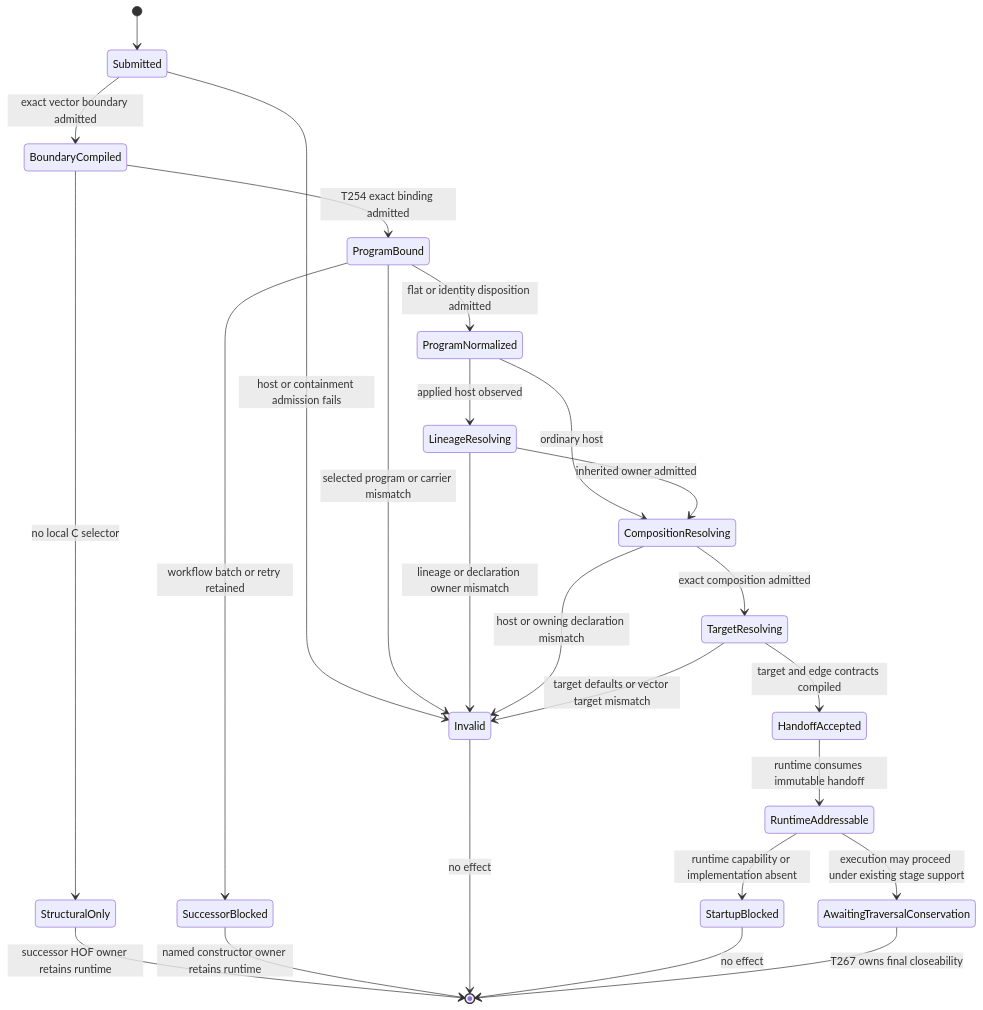
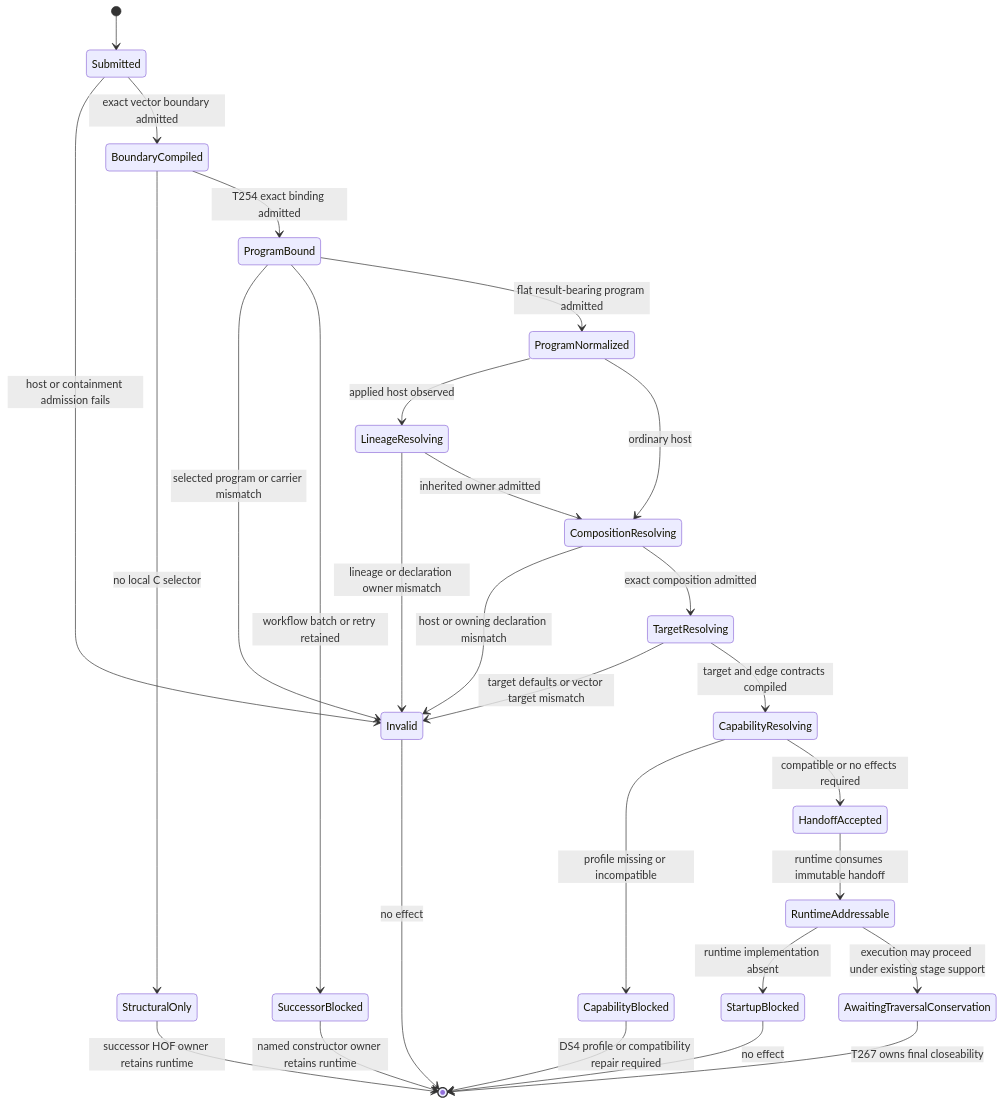
One commit to foolishimp/abiogenesis changed the third of 3 diagrams in build_tenants/abiogenesis/typescript/design/M03_COMPILED_EXECUTION_HANDOFF_BEHAVIOR_DESIGN.md. Above: the diagram before and after it, drawn with Mermaid. The commit also changed other lines of this file and 19 other files, not shown here.

````diff
--- a/build_tenants/abiogenesis/typescript/design/M03_COMPILED_EXECUTION_HANDOFF_BEHAVIOR_DESIGN.md
+++ b/build_tenants/abiogenesis/typescript/design/M03_COMPILED_EXECUTION_HANDOFF_BEHAVIOR_DESIGN.md
@@ -383,27 +397,30 @@
 ```mermaid
 stateDiagram-v2
   [*] --> Submitted
   Submitted --> Invalid: host or containment admission fails
   Submitted --> BoundaryCompiled: exact vector boundary admitted
   BoundaryCompiled --> StructuralOnly: no local C selector
   BoundaryCompiled --> ProgramBound: T254 exact binding admitted
   ProgramBound --> Invalid: selected program or carrier mismatch
   ProgramBound --> SuccessorBlocked: workflow batch or retry retained
-  ProgramBound --> ProgramNormalized: flat or identity disposition admitted
+  ProgramBound --> ProgramNormalized: flat result-bearing program admitted
   ProgramNormalized --> LineageResolving: applied host observed
   ProgramNormalized --> CompositionResolving: ordinary host
   LineageResolving --> Invalid: lineage or declaration owner mismatch
   LineageResolving --> CompositionResolving: inherited owner admitted
   CompositionResolving --> Invalid: host or owning declaration mismatch
   CompositionResolving --> TargetResolving: exact composition admitted
   TargetResolving --> Invalid: target defaults or vector target mismatch
-  TargetResolving --> HandoffAccepted: target and edge contracts compiled
+  TargetResolving --> CapabilityResolving: target and edge contracts compiled
+  CapabilityResolving --> CapabilityBlocked: profile missing or incompatible
+  CapabilityResolving --> HandoffAccepted: compatible or no effects required
   HandoffAccepted --> RuntimeAddressable: runtime consumes immutable handoff
-  RuntimeAddressable --> StartupBlocked: runtime capability or implementation absent
+  RuntimeAddressable --> StartupBlocked: runtime implementation absent
   RuntimeAddressable --> AwaitingTraversalConservation: execution may proceed under existing stage support
   StructuralOnly --> [*]: successor HOF owner retains runtime
   SuccessorBlocked --> [*]: named constructor owner retains runtime
+  CapabilityBlocked --> [*]: DS4 profile or compatibility repair required
   Invalid --> [*]: no effect
   StartupBlocked --> [*]: no effect
   AwaitingTraversalConservation --> [*]: T267 owns final closeability
 ```
````
